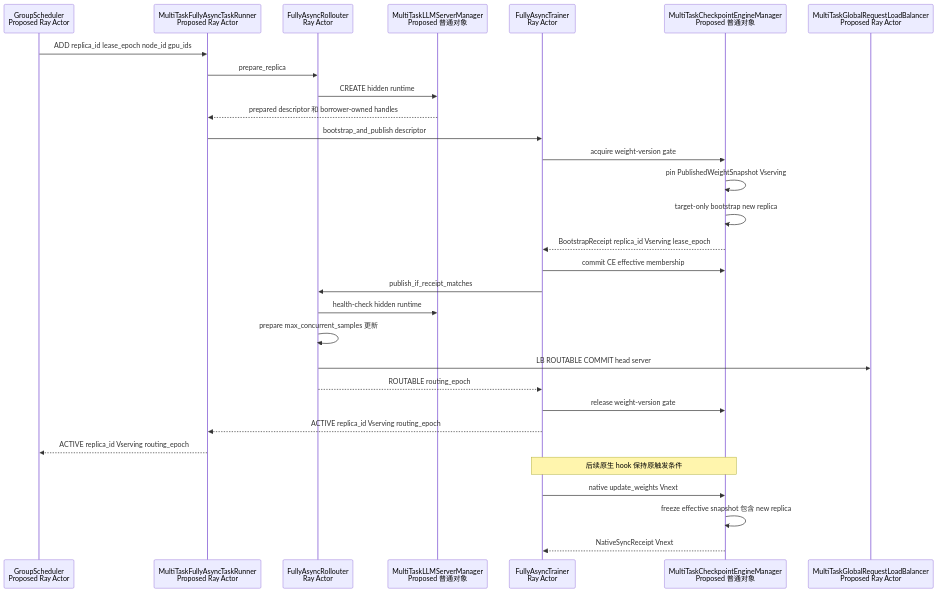
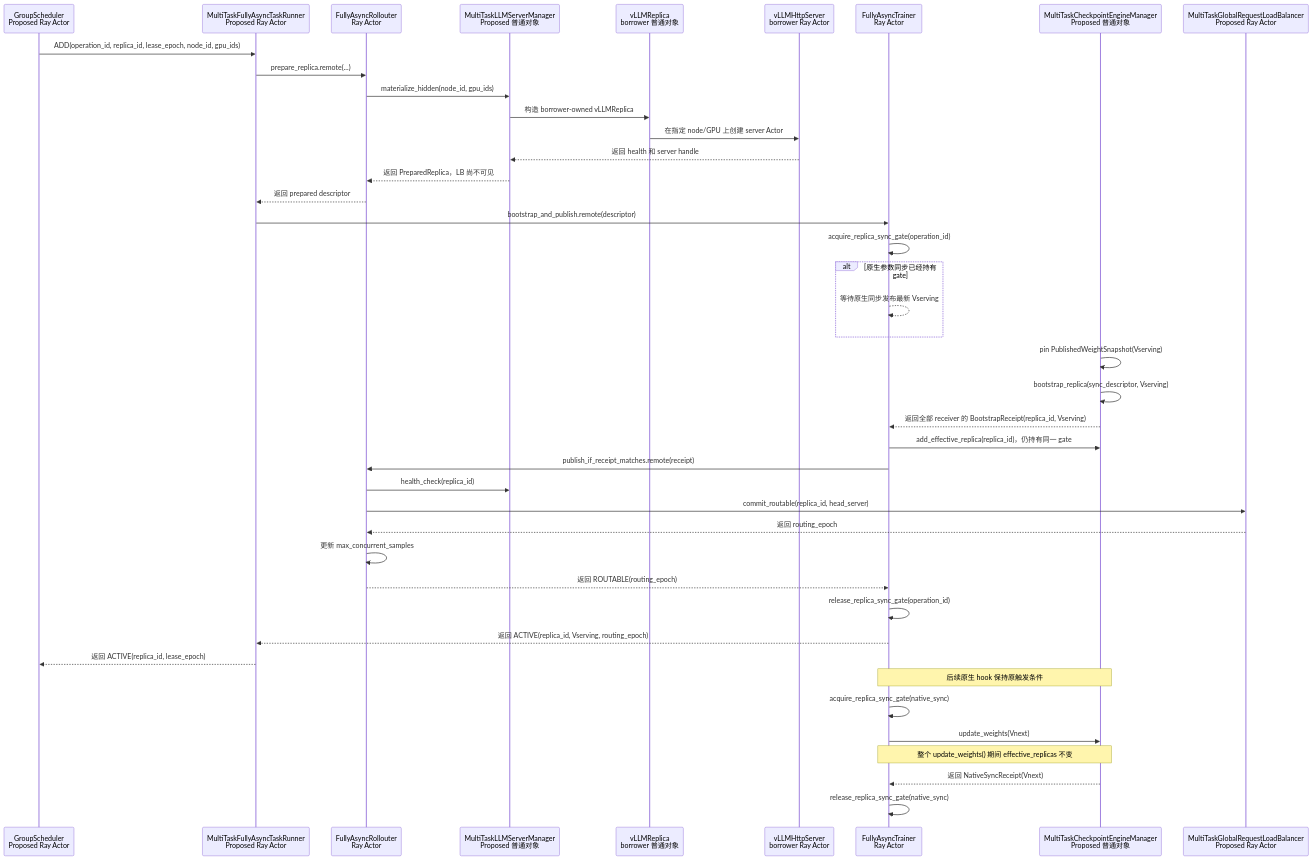
The fourth of 11 diagrams in multi_task_scheduler/references/17-verl-v0.9-dynamic-replica-scaling-timing-and-mutual-exclusion.md (niuypei/multi_task_verl), drawn with Mermaid before and after one commit. The commit also changed other lines of this file and 2 other files, not shown here.

Commit message:
docs: simplify standalone replica synchronization

````diff
--- a/multi_task_scheduler/references/17-verl-v0.9-dynamic-replica-scaling-timing-and-mutual-exclusion.md
+++ b/multi_task_scheduler/references/17-verl-v0.9-dynamic-replica-scaling-timing-and-mutual-exclusion.md
@@ -385,33 +612,45 @@
 ```mermaid
 sequenceDiagram
     participant GS as GroupScheduler<br/>Proposed Ray Actor
     participant TR as MultiTaskFullyAsyncTaskRunner<br/>Proposed Ray Actor
     participant FAR as FullyAsyncRollouter<br/>Ray Actor
     participant M as MultiTaskLLMServerManager<br/>Proposed 普通对象
+    participant R as vLLMReplica<br/>borrower 普通对象
+    participant H as vLLMHttpServer<br/>borrower Ray Actor
     participant FAT as FullyAsyncTrainer<br/>Ray Actor
     participant C as MultiTaskCheckpointEngineManager<br/>Proposed 普通对象
     participant L as MultiTaskGlobalRequestLoadBalancer<br/>Proposed Ray Actor
 
-    GS->>TR: ADD replica_id lease_epoch node_id gpu_ids
-    TR->>FAR: prepare_replica
-    FAR->>M: CREATE hidden runtime
-    M-->>TR: prepared descriptor 和 borrower-owned handles
-    TR->>FAT: bootstrap_and_publish descriptor
-    FAT->>C: acquire weight-version gate
-    C->>C: pin PublishedWeightSnapshot Vserving
-    C->>C: target-only bootstrap new replica
-    C-->>FAT: BootstrapReceipt replica_id Vserving lease_epoch
-    FAT->>C: commit CE effective membership
-    FAT->>FAR: publish_if_receipt_matches
-    FAR->>M: health-check hidden runtime
-    FAR->>FAR: prepare max_concurrent_samples 更新
-    FAR->>L: LB ROUTABLE COMMIT head server
-    FAR-->>FAT: ROUTABLE routing_epoch
-    FAT->>C: release weight-version gate
-    FAT-->>TR: ACTIVE replica_id Vserving routing_epoch
-    TR-->>GS: ACTIVE replica_id Vserving routing_epoch
+    GS->>TR: ADD(operation_id, replica_id, lease_epoch, node_id, gpu_ids)
+    TR->>FAR: prepare_replica.remote(...)
+    FAR->>M: materialize_hidden(node_id, gpu_ids)
+    M->>R: 构造 borrower-owned vLLMReplica
+    R->>H: 在指定 node/GPU 上创建 server Actor
+    H-->>M: 返回 health 和 server handle
+    M-->>FAR: 返回 PreparedReplica，LB 尚不可见
+    FAR-->>TR: 返回 prepared descriptor
+    TR->>FAT: bootstrap_and_publish.remote(descriptor)
+    FAT->>FAT: acquire_replica_sync_gate(operation_id)
+    alt 原生参数同步已经持有 gate
+        FAT-->>FAT: 等待原生同步发布最新 Vserving
+    end
+    C->>C: pin PublishedWeightSnapshot(Vserving)
+    C->>C: bootstrap_replica(sync_descriptor, Vserving)
+    C-->>FAT: 返回全部 receiver 的 BootstrapReceipt(replica_id, Vserving)
+    FAT->>C: add_effective_replica(replica_id)，仍持有同一 gate
+    FAT->>FAR: publish_if_receipt_matches.remote(receipt)
+    FAR->>M: health_check(replica_id)
+    FAR->>L: commit_routable(replica_id, head_server)
+    L-->>FAR: 返回 routing_epoch
+    FAR->>FAR: 更新 max_concurrent_samples
+    FAR-->>FAT: 返回 ROUTABLE(routing_epoch)
+    FAT->>FAT: release_replica_sync_gate(operation_id)
+    FAT-->>TR: 返回 ACTIVE(replica_id, Vserving, routing_epoch)
+    TR-->>GS: 返回 ACTIVE(replica_id, lease_epoch)
     Note over FAT,C: 后续原生 hook 保持原触发条件
-    FAT->>C: native update_weights Vnext
-    C->>C: freeze effective snapshot 包含 new replica
-    C-->>FAT: NativeSyncReceipt Vnext
+    FAT->>FAT: acquire_replica_sync_gate(native_sync)
+    FAT->>C: update_weights(Vnext)
+    Note over FAT,C: 整个 update_weights() 期间 effective_replicas 不变
+    C-->>FAT: 返回 NativeSyncReceipt(Vnext)
+    FAT->>FAT: release_replica_sync_gate(native_sync)
 ```
````
